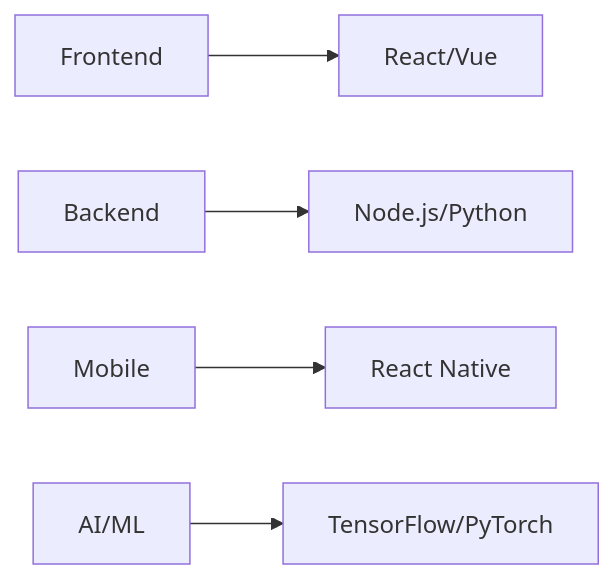
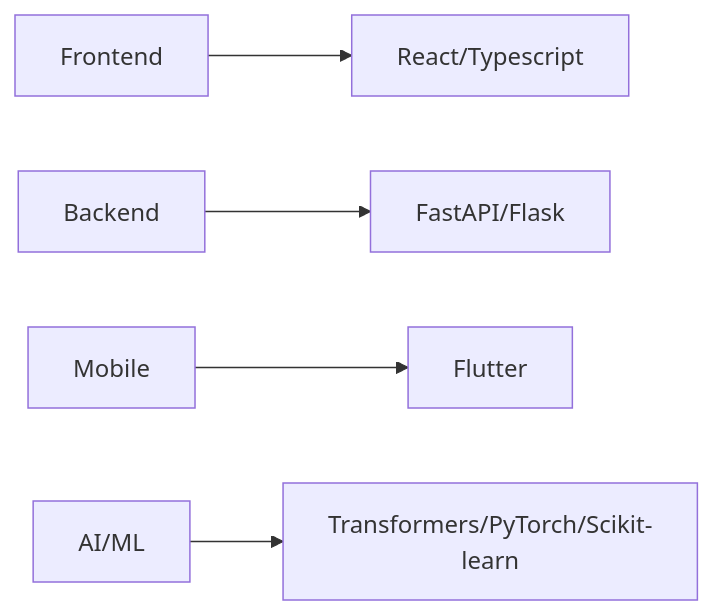
Before and after one commit to AdilzhanB/AdilzhanB: the diagram in README.md, drawn with Mermaid.

````diff
--- a/README.md
+++ b/README.md
@@ -76,7 +76,7 @@
 ```mermaid
 graph LR
-    A[Frontend] --> B[React/Vue]
-    C[Backend] --> D[Node.js/Python]
-    E[Mobile] --> F[React Native]
-    G[AI/ML] --> H[TensorFlow/PyTorch]
+    A[Frontend] --> B[React/Typescript]
+    C[Backend] --> D[FastAPI/Flask]
+    E[Mobile] --> F[Flutter]
+    G[AI/ML] --> H[Transformers/PyTorch/Scikit-learn]
 ```
````
